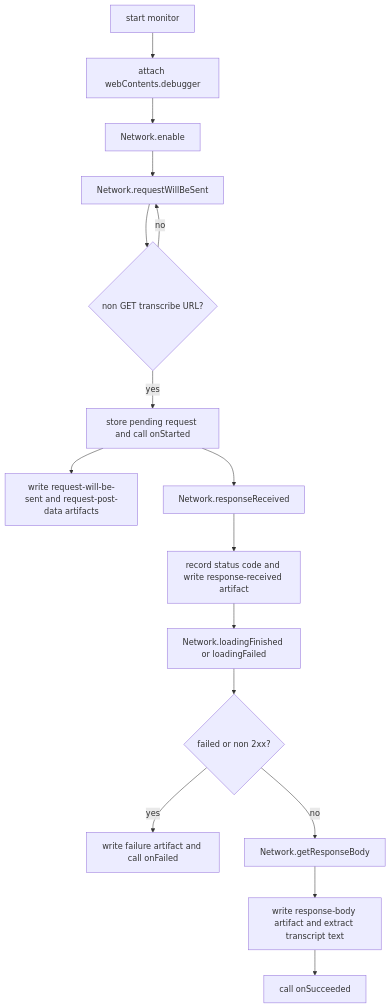
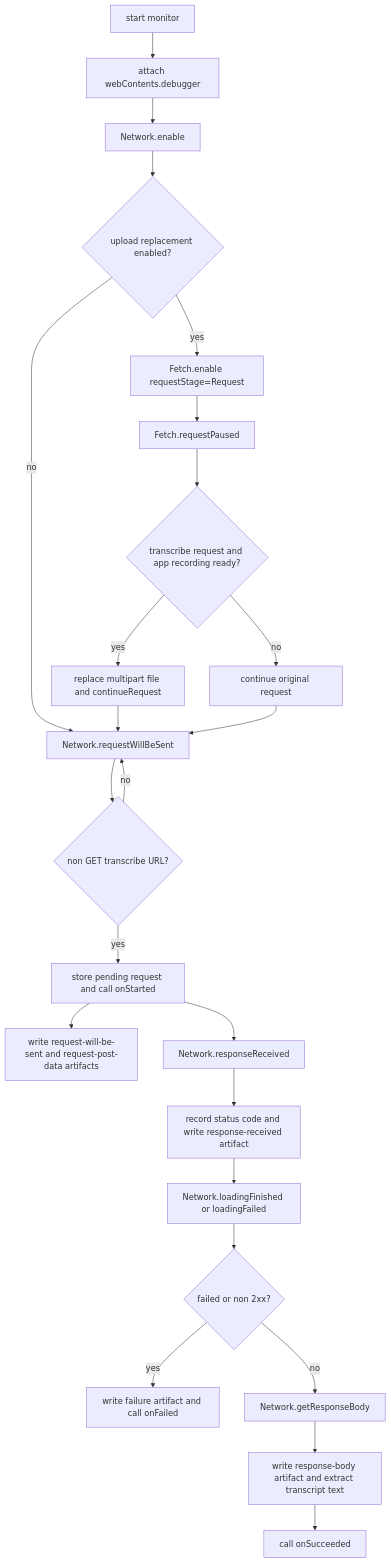
One commit to AKAazure/Dandelion changed the first of 2 diagrams in .doc/modules/chatgpt-transcribe-monitor.md. Above: the diagram before and after it, drawn with Mermaid. The commit also changed other lines of this file and 33 other files, not shown here.

First line of the commit message:
Add app-side recorder and upload replacement

````diff
--- a/.doc/modules/chatgpt-transcribe-monitor.md
+++ b/.doc/modules/chatgpt-transcribe-monitor.md
@@ -56,18 +59,26 @@
 ```mermaid
 flowchart TD
   A[start monitor] --> B[attach webContents.debugger]
   B --> C[Network.enable]
-  C --> D[Network.requestWillBeSent]
+  C --> C2{upload replacement enabled?}
+  C2 -- yes --> C3[Fetch.enable requestStage=Request]
+  C2 -- no --> D[Network.requestWillBeSent]
+  C3 --> C4[Fetch.requestPaused]
+  C4 --> C5{transcribe request and app recording ready?}
+  C5 -- yes --> C6[replace multipart file and continueRequest]
+  C5 -- no --> C7[continue original request]
+  C6 --> D
+  C7 --> D
   D --> E{non GET transcribe URL?}
   E -- no --> D
   E -- yes --> F[store pending request and call onStarted]
   F --> F2[write request-will-be-sent and request-post-data artifacts]
   F --> G[Network.responseReceived]
   G --> H[record status code and write response-received artifact]
   H --> I[Network.loadingFinished or loadingFailed]
   I --> J{failed or non 2xx?}
   J -- yes --> K[write failure artifact and call onFailed]
   J -- no --> L[Network.getResponseBody]
   L --> M[write response-body artifact and extract transcript text]
   M --> N[call onSucceeded]
 ```
````
